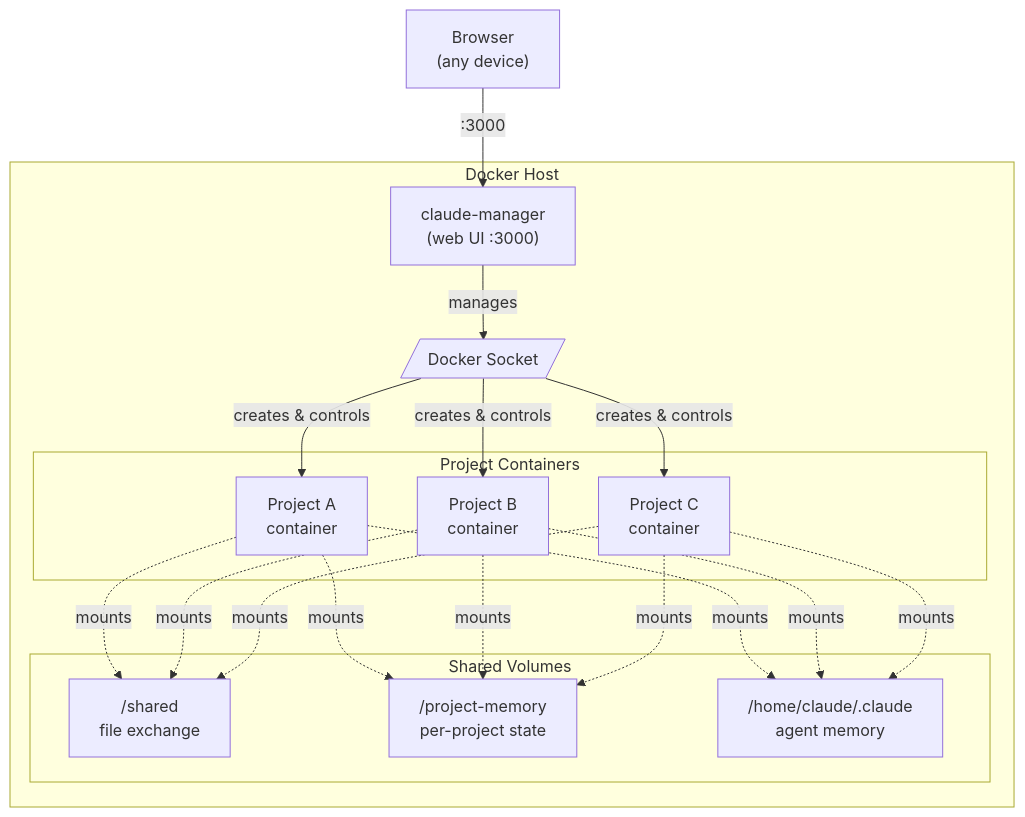
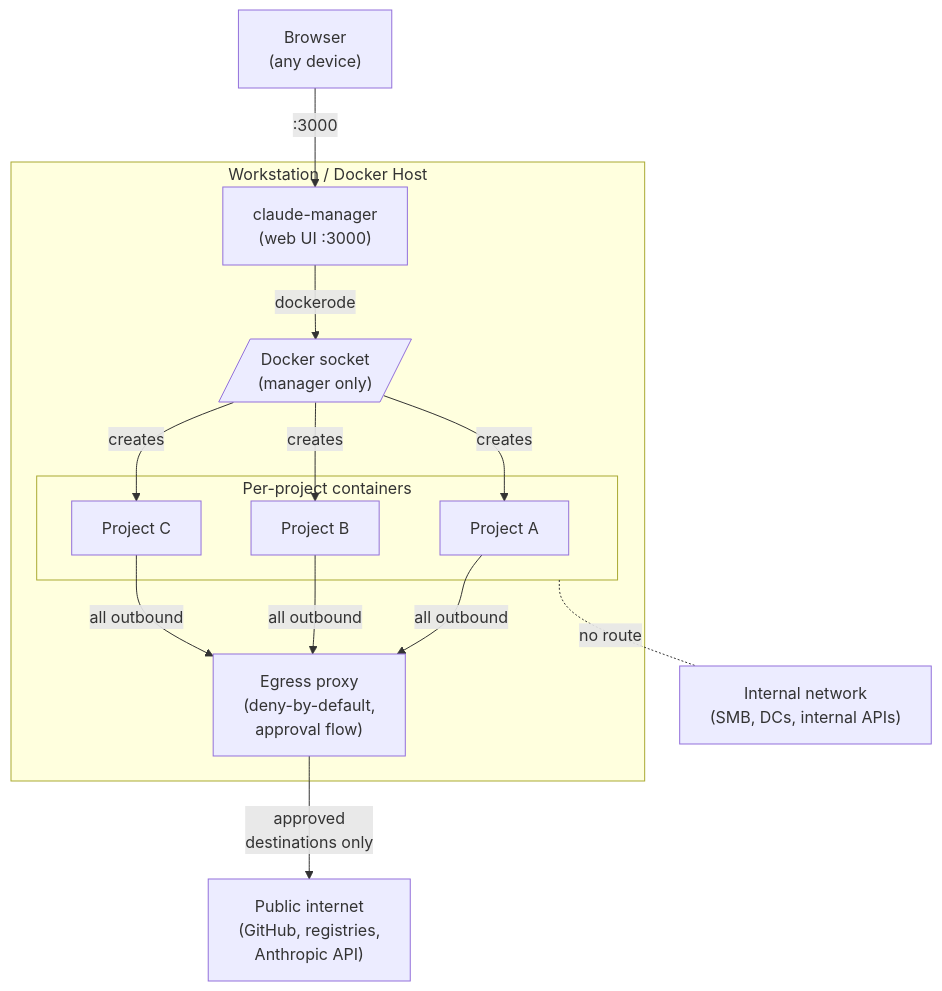
The diagram in _posts/2026-04-12-my-first-month-with-claude-code.md (FrederikLeed/Go2Know), drawn with Mermaid before and after one commit. The commit also changed other lines of this file, not shown here.

First line of the commit message:
Refocus draft on security: isolation, host access, network egress

````diff
--- a/_posts/2026-04-12-my-first-month-with-claude-code.md
+++ b/_posts/2026-04-12-my-first-month-with-claude-code.md
@@ -88,36 +41,30 @@
 ```mermaid
 graph TB
-    subgraph host["Docker Host"]
+    subgraph host["Workstation / Docker Host"]
         mgr["claude-manager<br/>(web UI :3000)"]
-        socket[/"Docker Socket"/]
+        socket[/"Docker socket<br/>(manager only)"/]
+        proxy["Egress proxy<br/>(deny-by-default,<br/>approval flow)"]
 
-        subgraph containers["Project Containers"]
-            a["Project A<br/>container"]
-            b["Project B<br/>container"]
-            c["Project C<br/>container"]
+        subgraph containers["Per-project containers"]
+            a["Project A"]
+            b["Project B"]
+            c["Project C"]
         end
 
-        subgraph volumes["Shared Volumes"]
-            shared["/shared<br/>file exchange"]
-            memory["/project-memory<br/>per-project state"]
-            claude["/home/claude/.claude<br/>agent memory"]
-        end
+        mgr -->|dockerode| socket
+        socket -->|creates| a
+        socket -->|creates| b
+        socket -->|creates| c
 
-        mgr -->|manages| socket
-        socket -->|creates & controls| a
-        socket -->|creates & controls| b
-        socket -->|creates & controls| c
-
-        a -.->|mounts| shared
-        b -.->|mounts| shared
-        c -.->|mounts| shared
-        a -.->|mounts| memory
-        b -.->|mounts| memory
-        c -.->|mounts| memory
-        a -.->|mounts| claude
-        b -.->|mounts| claude
-        c -.->|mounts| claude
+        a -->|all outbound| proxy
+        b -->|all outbound| proxy
+        c -->|all outbound| proxy
     end
 
     browser["Browser<br/>(any device)"] -->|":3000"| mgr
+
+    proxy -->|approved<br/>destinations only| internet["Public internet<br/>(GitHub, registries,<br/>Anthropic API)"]
+
+    internal["Internal network<br/>(SMB, DCs, internal APIs)"]
+    containers -. no route .- internal
 ```
````
